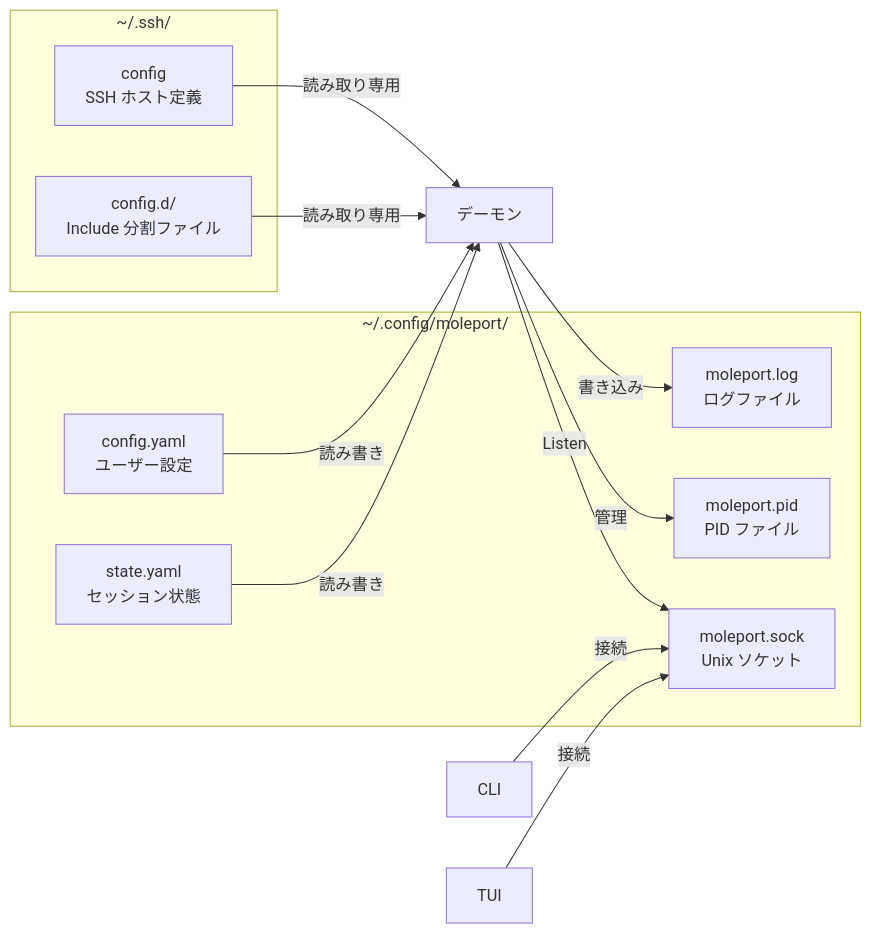
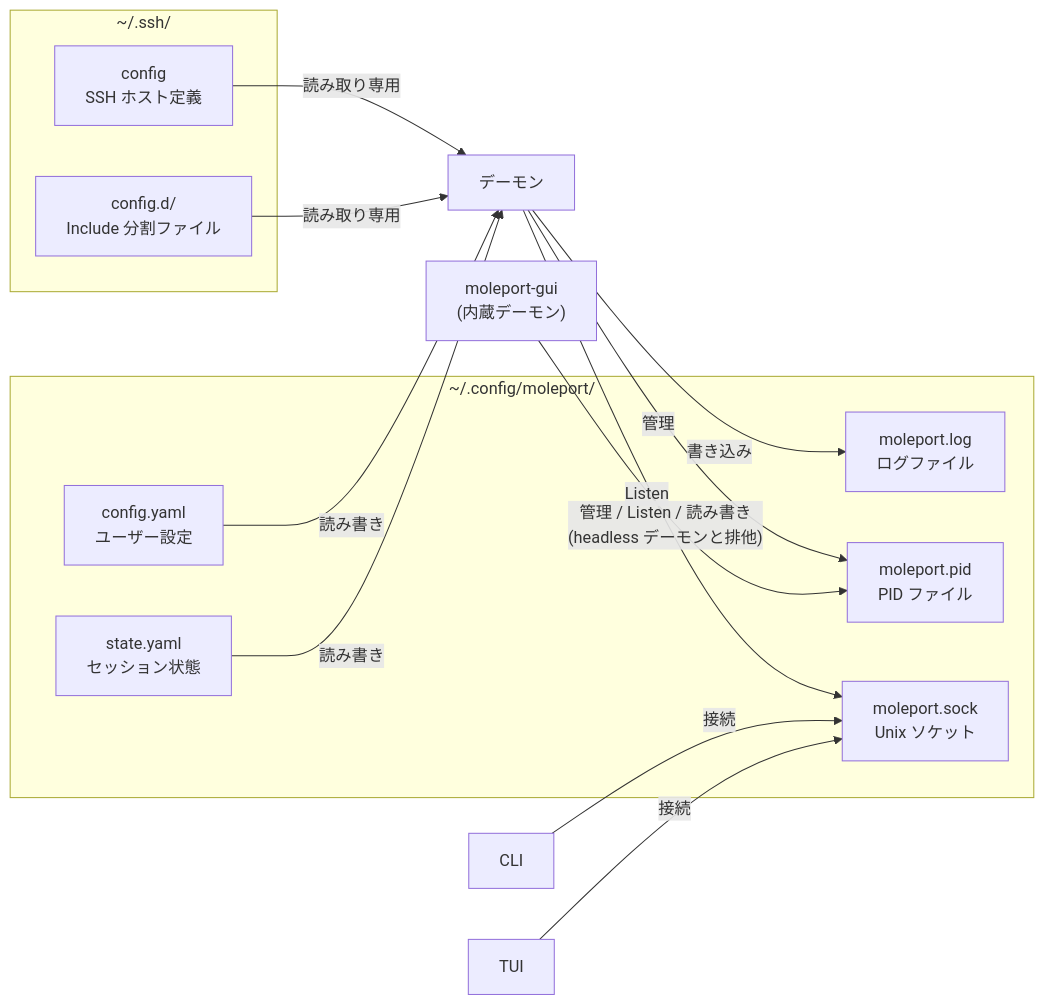
The first of 4 diagrams in docs/architecture/data-model.md (ousiassllc/MolePort), drawn with Mermaid before and after one commit. The commit also changed other lines of this file and 9 other files, not shown here.

````diff
--- a/docs/architecture/data-model.md
+++ b/docs/architecture/data-model.md
@@ -11,26 +11,26 @@
 ```mermaid
 graph LR
     subgraph "~/.config/moleport/"
         Config["config.yaml<br/>ユーザー設定"]
         State["state.yaml<br/>セッション状態"]
         Log["moleport.log<br/>ログファイル"]
         PID["moleport.pid<br/>PID ファイル"]
         Sock["moleport.sock<br/>Unix ソケット"]
     end
 
     subgraph "~/.ssh/"
         SSHConfig["config<br/>SSH ホスト定義"]
         SSHConfigD["config.d/<br/>Include 分割ファイル"]
     end
 
     SSHConfig --> |読み取り専用| Daemon["デーモン"]
     SSHConfigD --> |読み取り専用| Daemon
     Config --> |読み書き| Daemon
     State --> |読み書き| Daemon
     Daemon --> |書き込み| Log
     Daemon --> |管理| PID
     Daemon --> |Listen| Sock
-
     CLI["CLI"] --> |接続| Sock
     TUI["TUI"] --> |接続| Sock
+    GUIApp["moleport-gui<br/>(内蔵デーモン)"] --> |"管理 / Listen / 読み書き<br/>(headless デーモンと排他)"| PID
 ```
````
